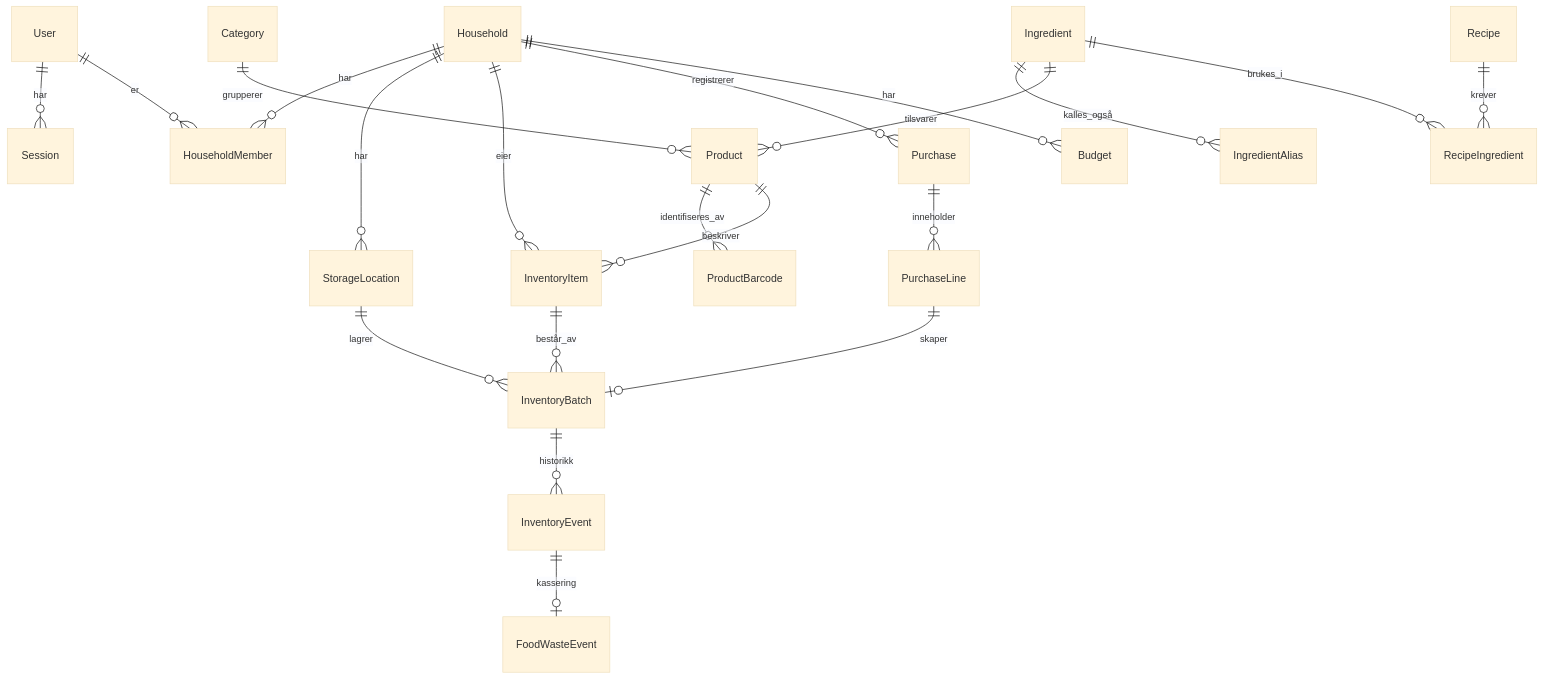
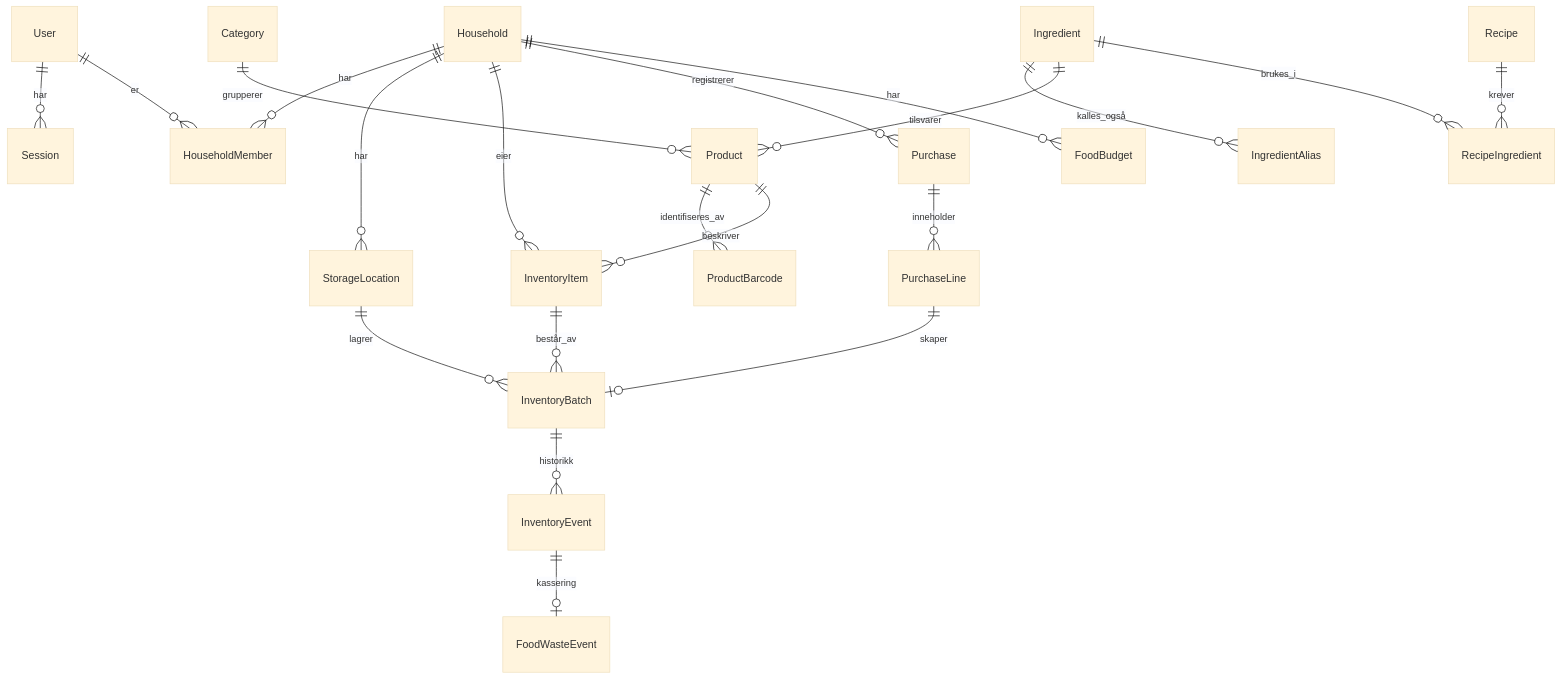
One commit to superior-ferdiz/smartmat changed the diagram in docs/development/data-model.md. Above: the diagram before and after it, drawn with Mermaid (base theme). The commit also changed other lines of this file and 108 other files, not shown here.

````diff
--- a/docs/development/data-model.md
+++ b/docs/development/data-model.md
@@ -25,23 +36,23 @@
 ```mermaid
 erDiagram
   User ||--o{ Session : har
   User ||--o{ HouseholdMember : er
   Household ||--o{ HouseholdMember : har
   Household ||--o{ StorageLocation : har
   Household ||--o{ InventoryItem : eier
   Household ||--o{ Purchase : registrerer
-  Household ||--o{ Budget : har
+  Household ||--o{ FoodBudget : har
   Product ||--o{ ProductBarcode : identifiseres_av
   Product ||--o{ InventoryItem : beskriver
   Category ||--o{ Product : grupperer
   InventoryItem ||--o{ InventoryBatch : består_av
   StorageLocation ||--o{ InventoryBatch : lagrer
   InventoryBatch ||--o{ InventoryEvent : historikk
   InventoryEvent ||--o| FoodWasteEvent : kassering
   Purchase ||--o{ PurchaseLine : inneholder
   PurchaseLine ||--o| InventoryBatch : skaper
   Ingredient ||--o{ IngredientAlias : kalles_også
   Ingredient ||--o{ Product : tilsvarer
   Recipe ||--o{ RecipeIngredient : krever
   Ingredient ||--o{ RecipeIngredient : brukes_i
 ```
````
